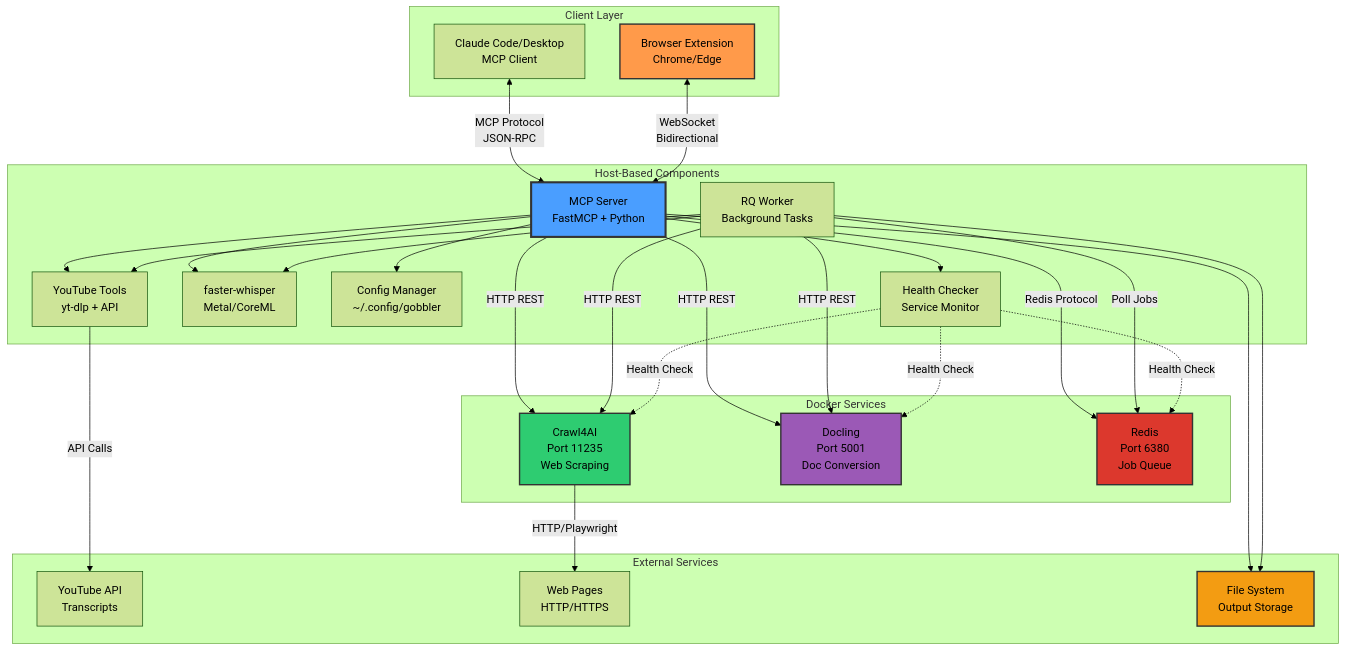
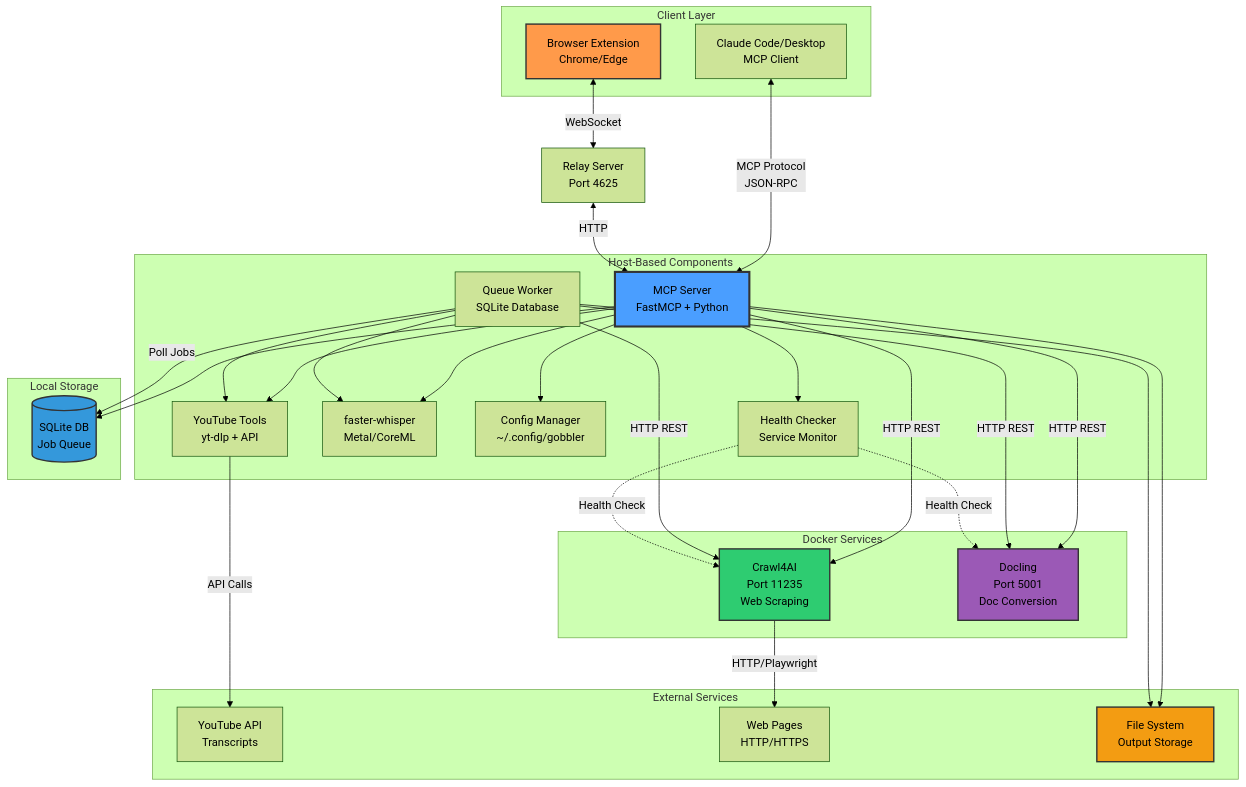
One commit to Enablement-Engineering/gobbler changed the first of 9 diagrams in docs/ARCHITECTURE-VISUAL.md. Above: the diagram before and after it, drawn with Mermaid (forest theme). The commit also changed other lines of this file, not shown here.

First line of the commit message:
docs: fix Architecture Visual Guide - Redis to SQLite

````diff
--- a/docs/ARCHITECTURE-VISUAL.md
+++ b/docs/ARCHITECTURE-VISUAL.md
@@ -19,62 +19,65 @@
 ```mermaid
 graph TB
     subgraph "Client Layer"
         CC[Claude Code/Desktop<br/>MCP Client]
         BE[Browser Extension<br/>Chrome/Edge]
     end
 
     subgraph "Host-Based Components"
         MCP[MCP Server<br/>FastMCP + Python]
         YT[YouTube Tools<br/>yt-dlp + API]
         FW[faster-whisper<br/>Metal/CoreML]
-        RQ[RQ Worker<br/>Background Tasks]
+        WK[Queue Worker<br/>SQLite Database]
         CFG[Config Manager<br/>~/.config/gobbler]
         HLT[Health Checker<br/>Service Monitor]
     end
 
     subgraph "Docker Services"
         C4[Crawl4AI<br/>Port 11235<br/>Web Scraping]
         DL[Docling<br/>Port 5001<br/>Doc Conversion]
-        RD[Redis<br/>Port 6380<br/>Job Queue]
+    end
+
+    subgraph "Local Storage"
+        DB[(SQLite DB<br/>Job Queue)]
     end
 
     subgraph "External Services"
         YTA[YouTube API<br/>Transcripts]
         WEB[Web Pages<br/>HTTP/HTTPS]
         FS[File System<br/>Output Storage]
     end
 
     CC <-->|MCP Protocol<br/>JSON-RPC| MCP
-    BE <-->|WebSocket<br/>Bidirectional| MCP
+    BE <-->|WebSocket| RLY[Relay Server<br/>Port 4625]
+    RLY <-->|HTTP| MCP
 
     MCP --> CFG
     MCP --> HLT
     MCP --> YT
     MCP --> FW
     MCP -->|HTTP REST| C4
     MCP -->|HTTP REST| DL
-    MCP -->|Redis Protocol| RD
+    MCP --> DB
 
-    RQ -->|Poll Jobs| RD
-    RQ --> YT
-    RQ --> FW
-    RQ -->|HTTP REST| C4
-    RQ -->|HTTP REST| DL
+    WK -->|Poll Jobs| DB
+    WK --> YT
+    WK --> FW
+    WK -->|HTTP REST| C4
+    WK -->|HTTP REST| DL
 
     YT -->|API Calls| YTA
     C4 -->|HTTP/Playwright| WEB
 
     MCP --> FS
-    RQ --> FS
+    WK --> FS
 
     HLT -.->|Health Check| C4
     HLT -.->|Health Check| DL
-    HLT -.->|Health Check| RD
 
     style MCP fill:#4a9eff,stroke:#333,stroke-width:3px
     style BE fill:#ff9a4a,stroke:#333,stroke-width:2px
-    style RD fill:#dc382d,stroke:#333,stroke-width:2px
+    style DB fill:#3498db,stroke:#333,stroke-width:2px
     style C4 fill:#2ecc71,stroke:#333,stroke-width:2px
     style DL fill:#9b59b6,stroke:#333,stroke-width:2px
     style FS fill:#f39c12,stroke:#333,stroke-width:2px
 ```
````
